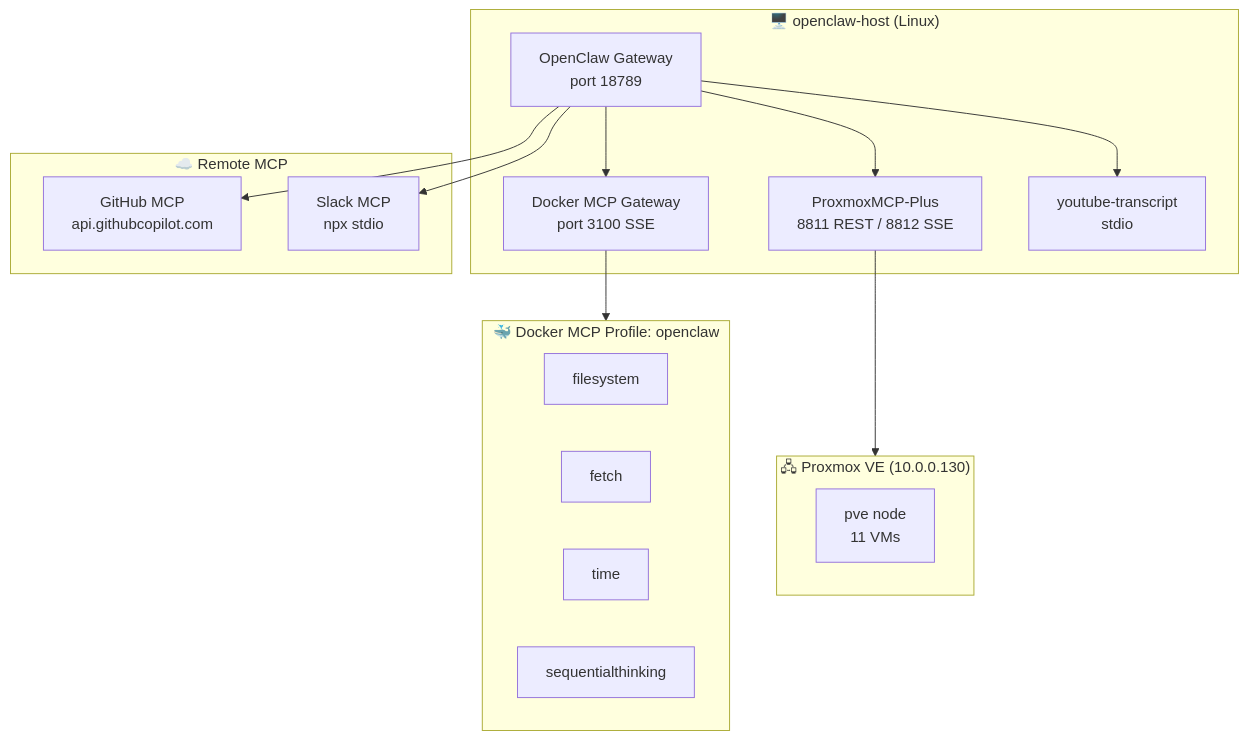
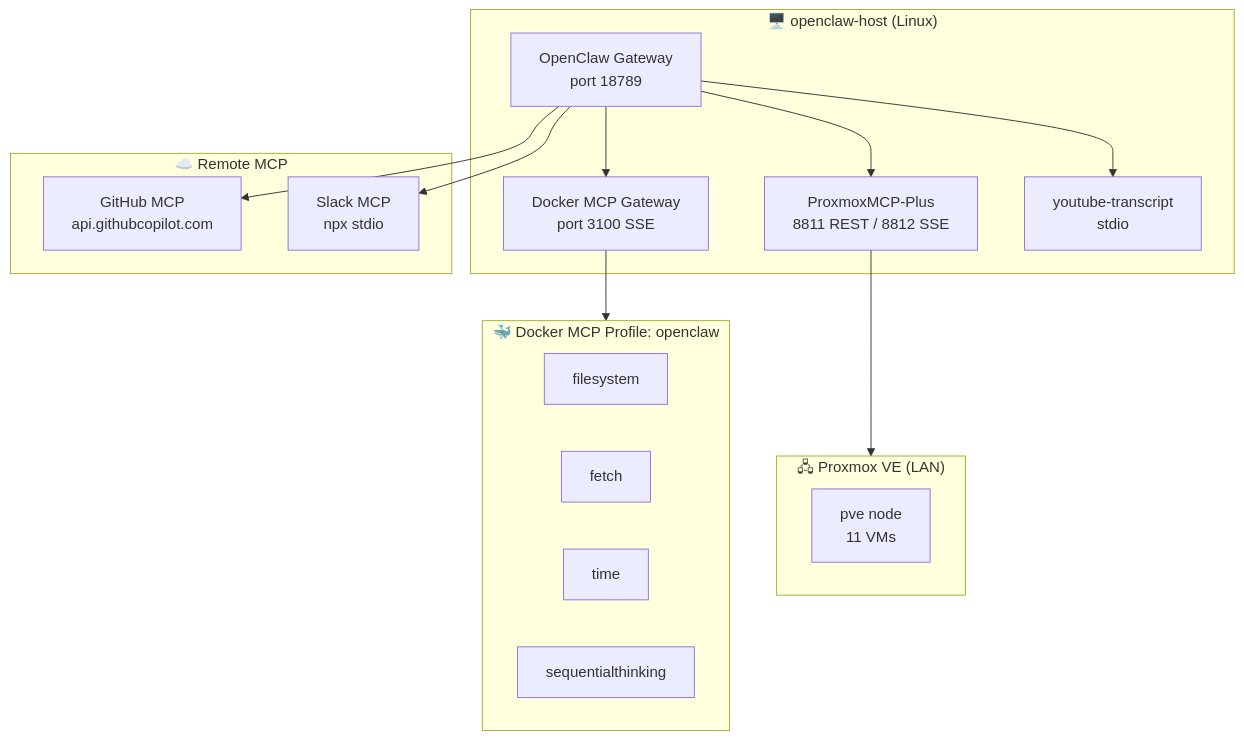
Before and after one commit to jdlocklin-backyard/codeandcamera: the diagram in docs/ai/openclaw-automated-blog-posts.md, drawn with Mermaid. The commit also changed other lines of this file and 1 other file, not shown here.

````diff
--- a/docs/ai/openclaw-automated-blog-posts.md
+++ b/docs/ai/openclaw-automated-blog-posts.md
@@ -81,33 +81,33 @@
 ```mermaid
 flowchart TB
     subgraph host["🖥️ openclaw-host (Linux)"]
         OC["OpenClaw Gateway<br/>port 18789"]
         DG["Docker MCP Gateway<br/>port 3100 SSE"]
         PM["ProxmoxMCP-Plus<br/>8811 REST / 8812 SSE"]
         YT["youtube-transcript<br/>stdio"]
     end
 
     subgraph mcp["☁️ Remote MCP"]
         GH["GitHub MCP<br/>api.githubcopilot.com"]
         SL["Slack MCP<br/>npx stdio"]
     end
 
     subgraph docker["🐳 Docker MCP Profile: openclaw"]
         FS["filesystem"]
         FE["fetch"]
         TI["time"]
         ST["sequentialthinking"]
     end
 
-    subgraph prox["🖧 Proxmox VE (10.0.0.130)"]
+    subgraph prox["🖧 Proxmox VE (LAN)"]
         PVE["pve node<br/>11 VMs"]
     end
 
     OC --> DG
     OC --> PM
     OC --> YT
     OC --> GH
     OC --> SL
     DG --> docker
     PM --> prox
 ```
````
